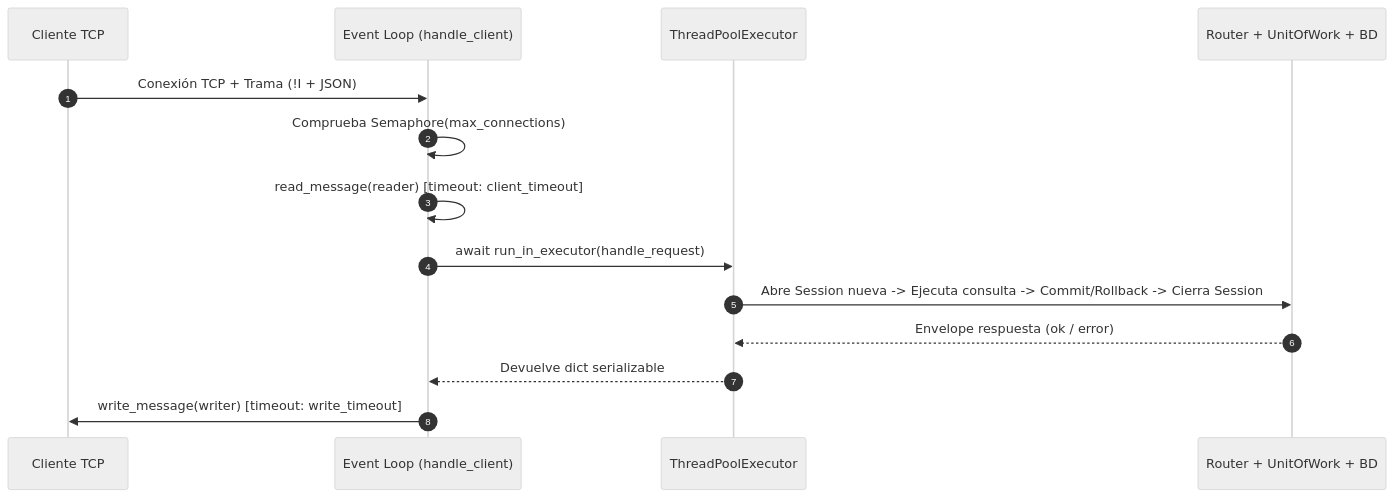
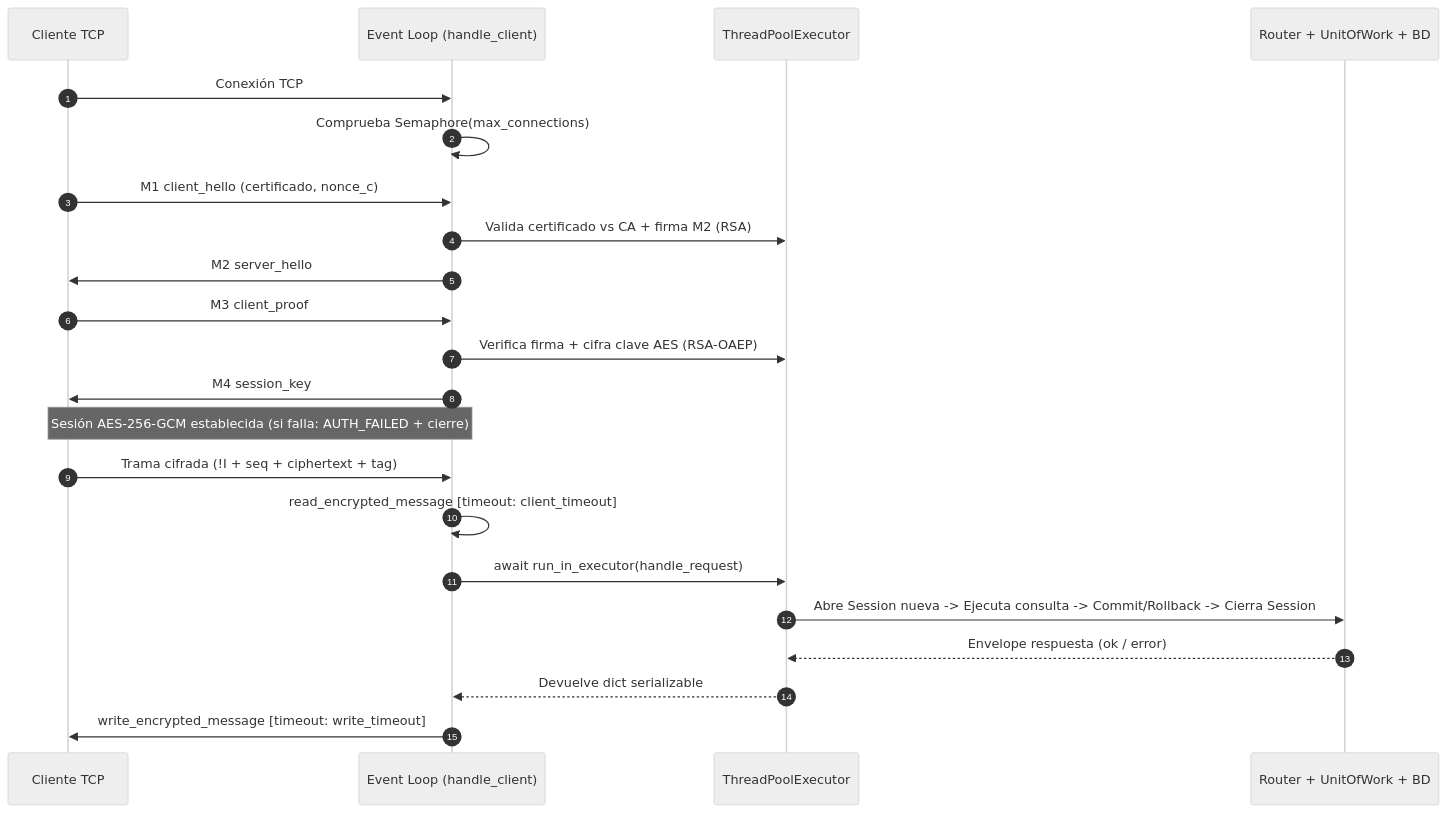
One commit to MoeCave/Back-office-Persistence-Layer changed the diagram in docs/ASYNC_ARCHITECTURE.md. Above: the diagram before and after it, drawn with Mermaid (neutral theme). The commit also changed other lines of this file and 4 other files, not shown here.

````diff
--- a/docs/ASYNC_ARCHITECTURE.md
+++ b/docs/ASYNC_ARCHITECTURE.md
@@ -40,17 +50,25 @@
 ```mermaid
 sequenceDiagram
     autonumber
     participant C as Cliente TCP
     participant L as Event Loop (handle_client)
     participant E as ThreadPoolExecutor
     participant R as Router + UnitOfWork + BD
 
-    C->>L: Conexión TCP + Trama (!I + JSON)
+    C->>L: Conexión TCP
     L->>L: Comprueba Semaphore(max_connections)
-    L->>L: read_message(reader) [timeout: client_timeout]
+    C->>L: M1 client_hello (certificado, nonce_c)
+    L->>E: Valida certificado vs CA + firma M2 (RSA)
+    L->>C: M2 server_hello
+    C->>L: M3 client_proof
+    L->>E: Verifica firma + cifra clave AES (RSA-OAEP)
+    L->>C: M4 session_key
+    Note over C,L: Sesión AES-256-GCM establecida (si falla: AUTH_FAILED + cierre)
+    C->>L: Trama cifrada (!I + seq + ciphertext + tag)
+    L->>L: read_encrypted_message [timeout: client_timeout]
     L->>E: await run_in_executor(handle_request)
     E->>R: Abre Session nueva -> Ejecuta consulta -> Commit/Rollback -> Cierra Session
     R-->>E: Envelope respuesta (ok / error)
     E-->>L: Devuelve dict serializable
-    L->>C: write_message(writer) [timeout: write_timeout]
+    L->>C: write_encrypted_message [timeout: write_timeout]
 ```
````
